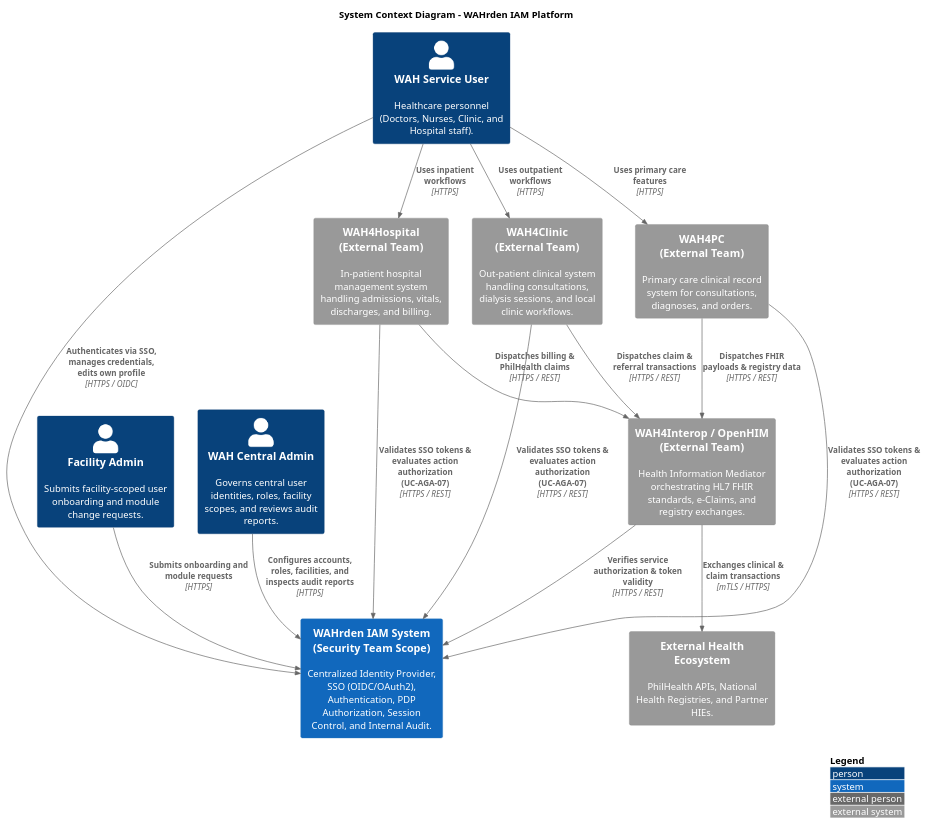
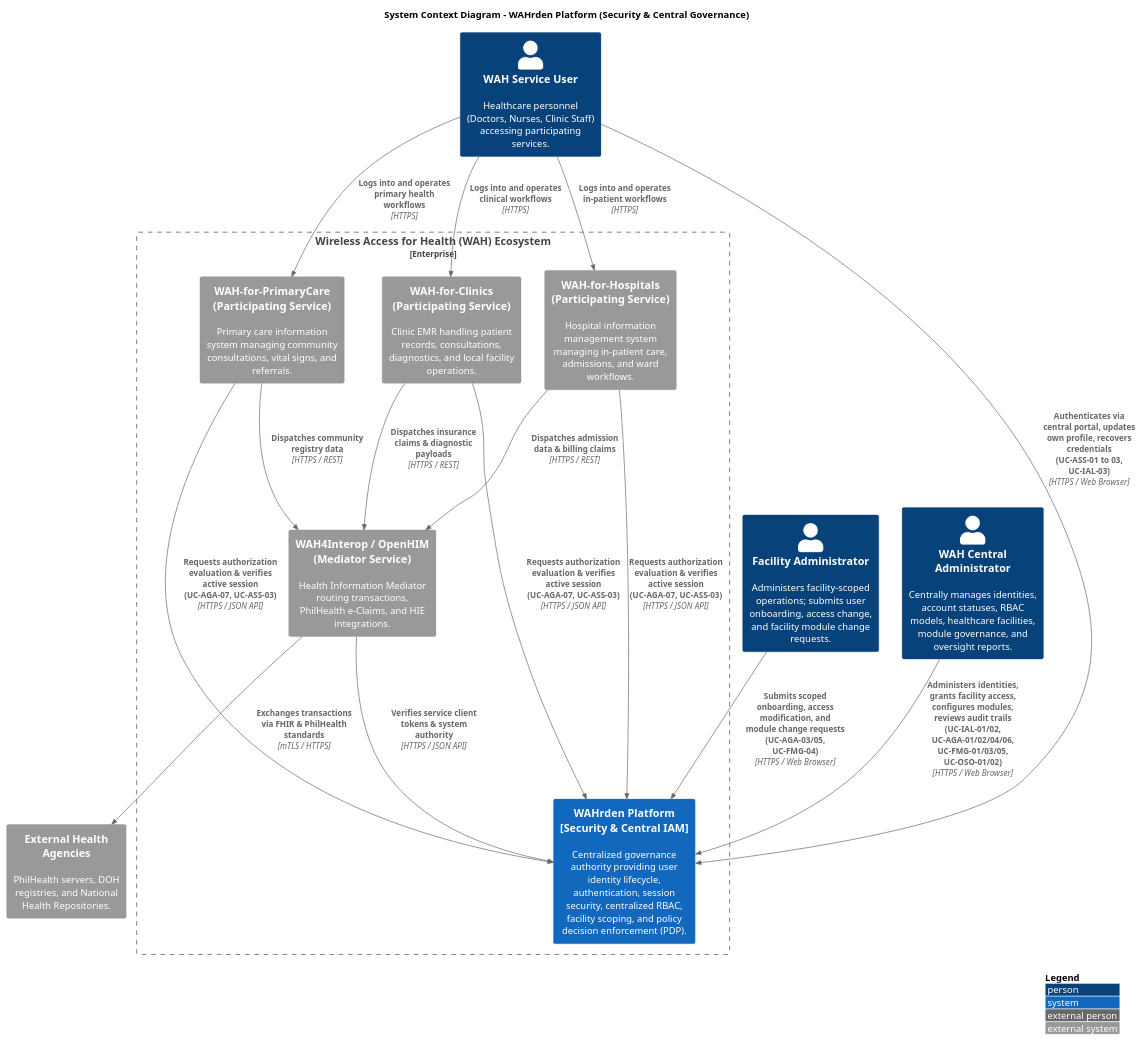
Before and after one commit to APC-SoCIT/APC-2026-2027-T1-SF241-G05-WAH4Security: the diagram in WAH4Security_C4Diagrams/SystemContextDiagram.puml, drawn with PlantUML.

Commit message:
Revise System Context Diagram for WAHrden Platform
Revised the System Context Diagram for the WAHrden Platform, updating titles, roles, and relationships to reflect enhanced governance and user interactions.

```diff
--- a/WAH4Security_C4Diagrams/SystemContextDiagram.puml
+++ b/WAH4Security_C4Diagrams/SystemContextDiagram.puml
@@ -3,39 +3,45 @@
-@startuml C4_Level1_System_Context
+@startuml C4_Level1_System_Context_Revised
 !include https://raw.githubusercontent.com/plantuml-stdlib/C4-PlantUML/master/C4_Context.puml
 
 LAYOUT_WITH_LEGEND()
 
-title System Context Diagram - WAHrden IAM Platform
+title System Context Diagram - WAHrden Platform (Security & Central Governance)
 
-Person(central_admin, "WAH Central Admin", "Governs central user identities, roles, facility scopes, and reviews audit reports.")
-Person(facility_admin, "Facility Admin", "Submits facility-scoped user onboarding and module change requests.")
-Person(service_user, "WAH Service User", "Healthcare personnel (Doctors, Nurses, Clinic, and Hospital staff).")
+Person(central_admin, "WAH Central Administrator", "Centrally manages identities, account statuses, RBAC models, healthcare facilities, module governance, and oversight reports.")
+Person(facility_admin, "Facility Administrator", "Administers facility-scoped operations; submits user onboarding, access change, and facility module change requests.")
+Person(service_user, "WAH Service User", "Healthcare personnel (Doctors, Nurses, Clinic Staff) accessing participating services.")
 
-System(wahrden, "WAHrden IAM System\n(Security Team Scope)", "Centralized Identity Provider, SSO (OIDC/OAuth2), Authentication, PDP Authorization, Session Control, and Internal Audit.")
+Enterprise_Boundary(wah_ecosystem, "Wireless Access for Health (WAH) Ecosystem") {
+    System(wahrden, "WAHrden Platform\n[Security & Central IAM]", "Centralized governance authority providing user identity lifecycle, authentication, session security, centralized RBAC, facility scoping, and policy decision enforcement (PDP).")
 
-System_Ext(wah4clinic, "WAH4Clinic\n(External Team)", "Out-patient clinical system handling consultations, dialysis sessions, and local clinic workflows.")
-System_Ext(wah4hospital, "WAH4Hospital\n(External Team)", "In-patient hospital management system handling admissions, vitals, discharges, and billing.")
-System_Ext(wah4pc, "WAH4PC\n(External Team)", "Primary care clinical record system for consultations, diagnoses, and orders.")
-System_Ext(wah4interop, "WAH4Interop / OpenHIM\n(External Team)", "Health Information Mediator orchestrating HL7 FHIR standards, e-Claims, and registry exchanges.")
-System_Ext(external_systems, "External Health Ecosystem", "PhilHealth APIs, National Health Registries, and Partner HIEs.")
+    System_Ext(wah4clinic, "WAH-for-Clinics\n(Participating Service)", "Clinic EMR handling patient records, consultations, diagnostics, and local facility operations.")
+    System_Ext(wah4hospital, "WAH-for-Hospitals\n(Participating Service)", "Hospital information management system managing in-patient care, admissions, and ward workflows.")
+    System_Ext(wah4pc, "WAH-for-PrimaryCare\n(Participating Service)", "Primary care information system managing community consultations, vital signs, and referrals.")
+    System_Ext(wah4interop, "WAH4Interop / OpenHIM\n(Mediator Service)", "Health Information Mediator routing transactions, PhilHealth e-Claims, and HIE integrations.")
+}
 
-Rel(service_user, wahrden, "Authenticates via SSO, manages credentials, edits own profile", "HTTPS / OIDC")
-Rel(central_admin, wahrden, "Configures accounts, roles, facilities, and inspects audit reports", "HTTPS")
-Rel(facility_admin, wahrden, "Submits onboarding and module requests", "HTTPS")
+System_Ext(external_systems, "External Health Agencies", "PhilHealth servers, DOH registries, and National Health Repositories.")
 
-Rel(service_user, wah4clinic, "Uses outpatient workflows", "HTTPS")
-Rel(service_user, wah4hospital, "Uses inpatient workflows", "HTTPS")
-Rel(service_user, wah4pc, "Uses primary care features", "HTTPS")
+' User Interactions with WAHrden
+Rel(service_user, wahrden, "Authenticates via central portal, updates own profile, recovers credentials\n(UC-ASS-01 to 03, UC-IAL-03)", "HTTPS / Web Browser")
+Rel(central_admin, wahrden, "Administers identities, grants facility access, configures modules, reviews audit trails\n(UC-IAL-01/02, UC-AGA-01/02/04/06, UC-FMG-01/03/05, UC-OSO-01/02)", "HTTPS / Web Browser")
+Rel(facility_admin, wahrden, "Submits scoped onboarding, access modification, and module change requests\n(UC-AGA-03/05, UC-FMG-04)", "HTTPS / Web Browser")
 
-Rel(wah4clinic, wahrden, "Validates SSO tokens & evaluates action authorization (UC-AGA-07)", "HTTPS / REST")
-Rel(wah4hospital, wahrden, "Validates SSO tokens & evaluates action authorization (UC-AGA-07)", "HTTPS / REST")
-Rel(wah4pc, wahrden, "Validates SSO tokens & evaluates action authorization (UC-AGA-07)", "HTTPS / REST")
+' User Interactions with Participating Services
+Rel(service_user, wah4clinic, "Logs into and operates clinical workflows", "HTTPS")
+Rel(service_user, wah4hospital, "Logs into and operates in-patient workflows", "HTTPS")
+Rel(service_user, wah4pc, "Logs into and operates primary health workflows", "HTTPS")
 
-Rel(wah4clinic, wah4interop, "Dispatches claim & referral transactions", "HTTPS / REST")
-Rel(wah4pc, wah4interop, "Dispatches FHIR payloads & registry data", "HTTPS / REST")
-Rel(wah4hospital, wah4interop, "Dispatches billing & PhilHealth claims", "HTTPS / REST")
+' Participating Services Auth Checks with WAHrden
+Rel(wah4clinic, wahrden, "Requests authorization evaluation & verifies active session\n(UC-AGA-07, UC-ASS-03)", "HTTPS / JSON API")
+Rel(wah4hospital, wahrden, "Requests authorization evaluation & verifies active session\n(UC-AGA-07, UC-ASS-03)", "HTTPS / JSON API")
+Rel(wah4pc, wahrden, "Requests authorization evaluation & verifies active session\n(UC-AGA-07, UC-ASS-03)", "HTTPS / JSON API")
+Rel(wah4interop, wahrden, "Verifies service client tokens & system authority", "HTTPS / JSON API")
 
-Rel(wah4interop, wahrden, "Verifies service authorization & token validity", "HTTPS / REST")
-Rel(wah4interop, external_systems, "Exchanges clinical & claim transactions", "mTLS / HTTPS")
+' Interop & External Transactions
+Rel(wah4clinic, wah4interop, "Dispatches insurance claims & diagnostic payloads", "HTTPS / REST")
+Rel(wah4hospital, wah4interop, "Dispatches admission data & billing claims", "HTTPS / REST")
+Rel(wah4pc, wah4interop, "Dispatches community registry data", "HTTPS / REST")
+Rel(wah4interop, external_systems, "Exchanges transactions via FHIR & PhilHealth standards", "mTLS / HTTPS")
 
 @enduml
```
